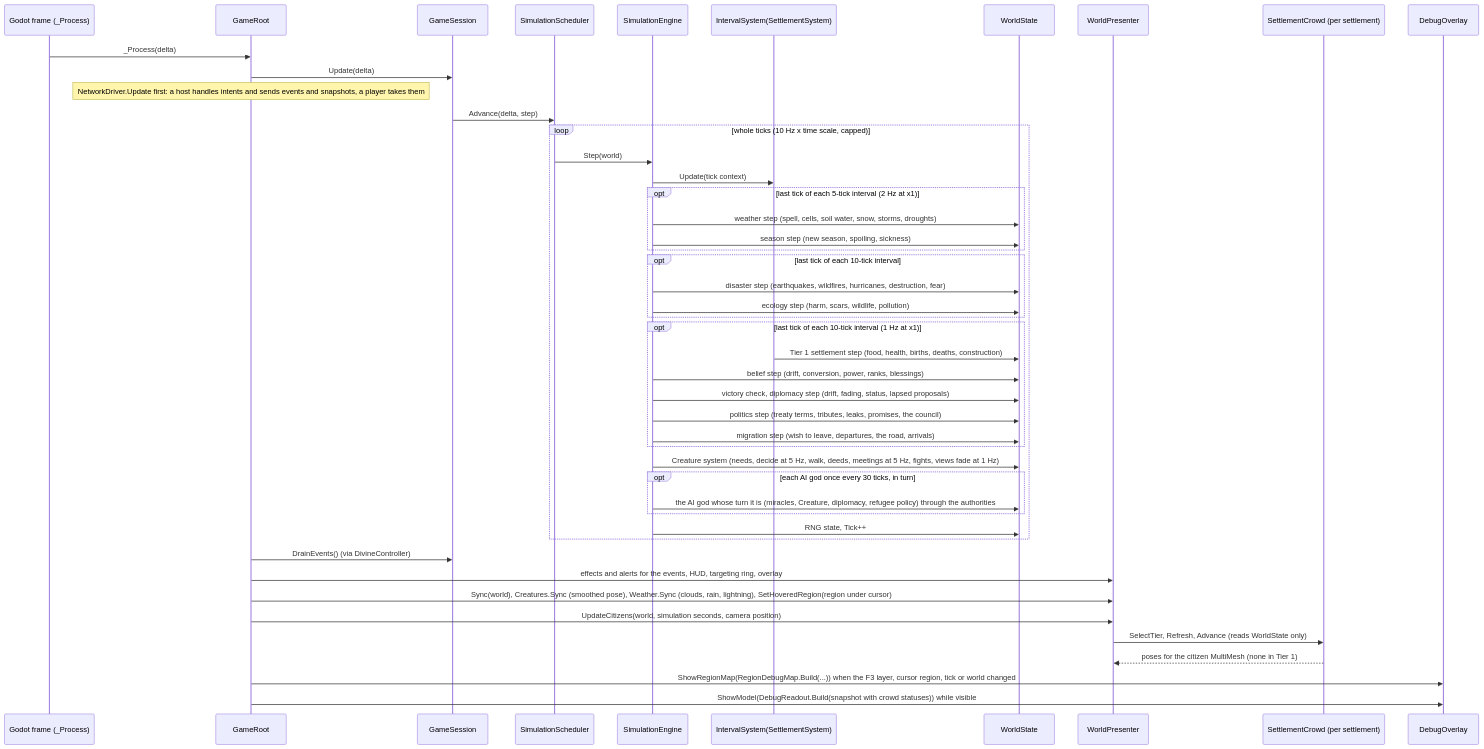
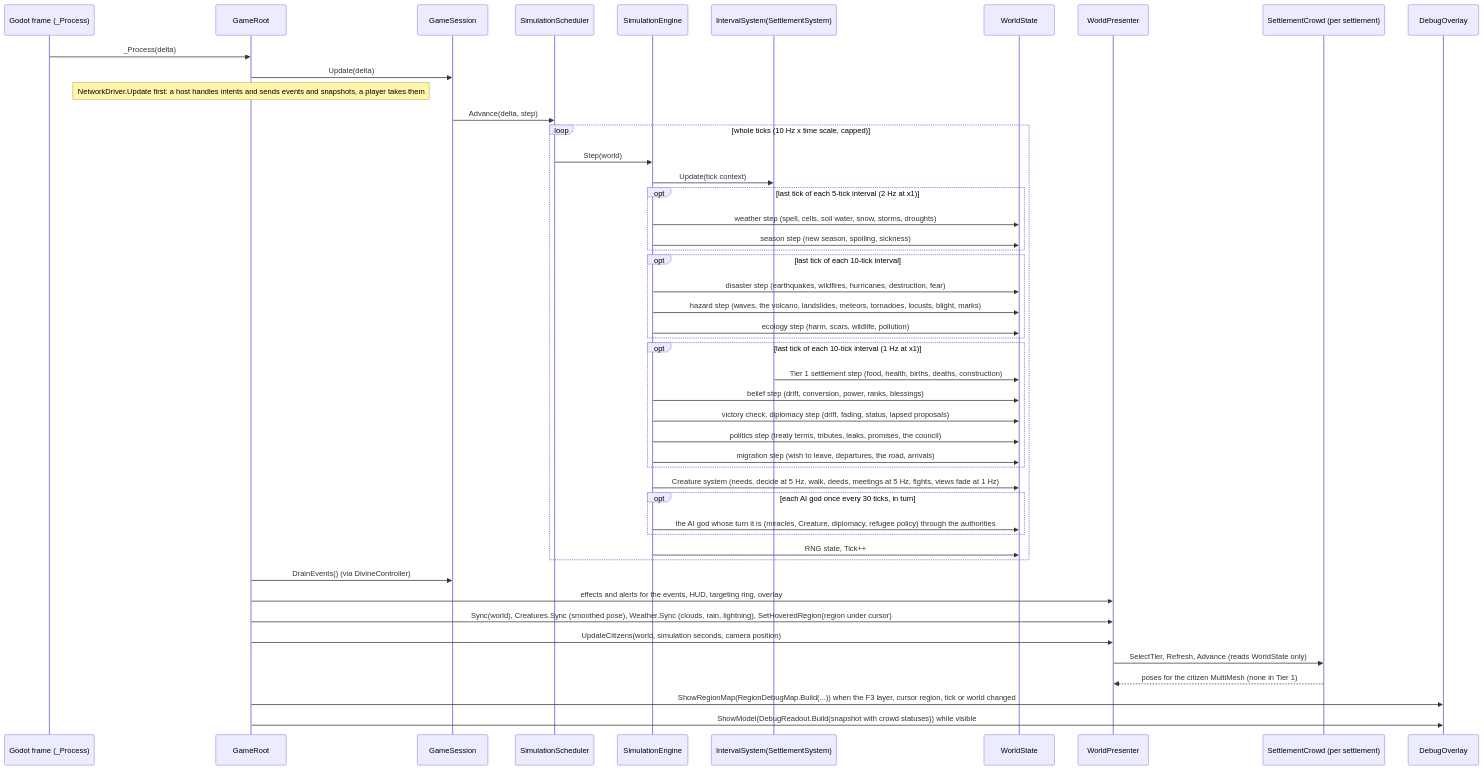
Before and after one commit to roeyazroel/pantheon: the second of 27 diagrams in docs/ARCHITECTURE.md, drawn with Mermaid. The commit also changed other lines of this file and 95 other files, not shown here.

First line of the commit message:
Milestone 15, part 9 (Hazards): tsunamis, landslides, the volcano, tornadoes, meteors, blight, locusts, preparation and marks on the land

````diff
--- a/docs/ARCHITECTURE.md
+++ b/docs/ARCHITECTURE.md
@@ -637,50 +657,51 @@
 ```mermaid
 sequenceDiagram
     participant Godot as Godot frame (_Process)
     participant Root as GameRoot
     participant Session as GameSession
     participant Sched as SimulationScheduler
     participant Engine as SimulationEngine
     participant Settle as IntervalSystem(SettlementSystem)
     participant State as WorldState
     participant View as WorldPresenter
     participant Crowd as SettlementCrowd (per settlement)
     participant Overlay as DebugOverlay
 
     Godot->>Root: _Process(delta)
     Root->>Session: Update(delta)
     Note over Root: NetworkDriver.Update first: a host handles intents and sends events and snapshots, a player takes them
     Session->>Sched: Advance(delta, step)
     loop whole ticks (10 Hz x time scale, capped)
         Sched->>Engine: Step(world)
         Engine->>Settle: Update(tick context)
         opt last tick of each 5-tick interval (2 Hz at x1)
             Engine->>State: weather step (spell, cells, soil water, snow, storms, droughts)
             Engine->>State: season step (new season, spoiling, sickness)
         end
         opt last tick of each 10-tick interval
             Engine->>State: disaster step (earthquakes, wildfires, hurricanes, destruction, fear)
+            Engine->>State: hazard step (waves, the volcano, landslides, meteors, tornadoes, locusts, blight, marks)
             Engine->>State: ecology step (harm, scars, wildlife, pollution)
         end
         opt last tick of each 10-tick interval (1 Hz at x1)
             Settle->>State: Tier 1 settlement step (food, health, births, deaths, construction)
             Engine->>State: belief step (drift, conversion, power, ranks, blessings)
             Engine->>State: victory check, diplomacy step (drift, fading, status, lapsed proposals)
             Engine->>State: politics step (treaty terms, tributes, leaks, promises, the council)
             Engine->>State: migration step (wish to leave, departures, the road, arrivals)
         end
         Engine->>State: Creature system (needs, decide at 5 Hz, walk, deeds, meetings at 5 Hz, fights, views fade at 1 Hz)
         opt each AI god once every 30 ticks, in turn
             Engine->>State: the AI god whose turn it is (miracles, Creature, diplomacy, refugee policy) through the authorities
         end
         Engine->>State: RNG state, Tick++
     end
     Root->>Session: DrainEvents() (via DivineController)
     Root->>View: effects and alerts for the events, HUD, targeting ring, overlay
     Root->>View: Sync(world), Creatures.Sync (smoothed pose), Weather.Sync (clouds, rain, lightning), SetHoveredRegion(region under cursor)
     Root->>View: UpdateCitizens(world, simulation seconds, camera position)
     View->>Crowd: SelectTier, Refresh, Advance (reads WorldState only)
     Crowd-->>View: poses for the citizen MultiMesh (none in Tier 1)
     Root->>Overlay: ShowRegionMap(RegionDebugMap.Build(...)) when the F3 layer, cursor region, tick or world changed
     Root->>Overlay: ShowModel(DebugReadout.Build(snapshot with crowd statuses)) while visible
 ```
````
